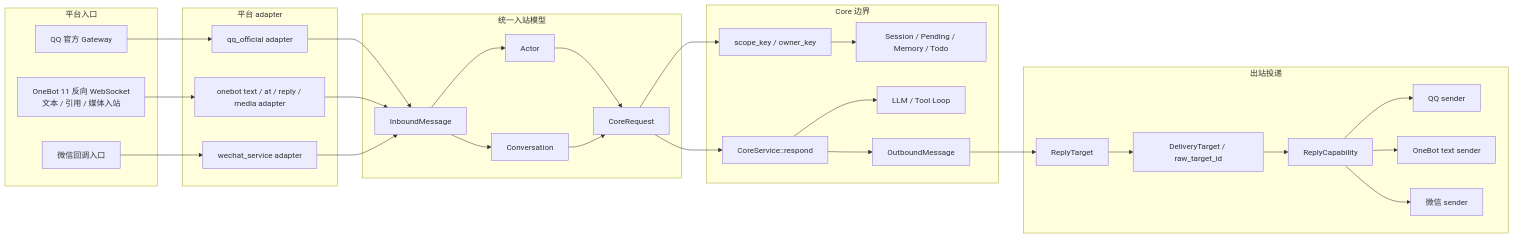
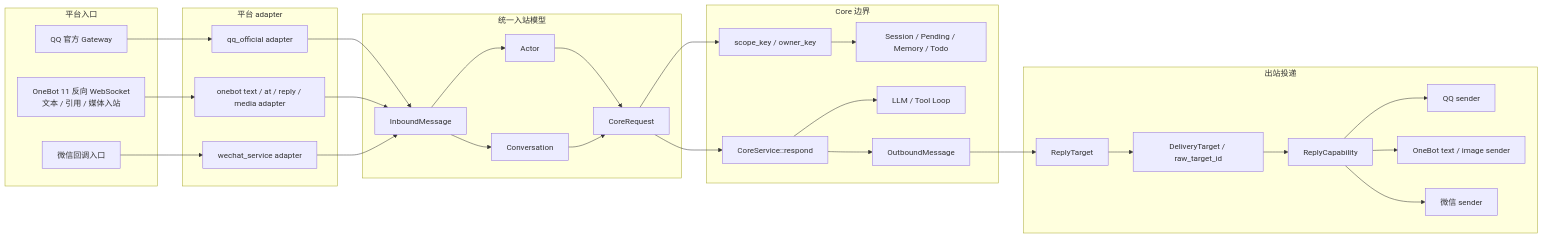
One commit to kuliantnt/qq-maid-bot changed the diagram in qq-maid-gateway-rs/README.md. Above: the diagram before and after it, drawn with Mermaid. The commit also changed other lines of this file and 78 other files, not shown here.

First line of the commit message:
[codex] 接入 Luna 图片生成与多平台发送 (#542)

````diff
--- a/qq-maid-gateway-rs/README.md
+++ b/qq-maid-gateway-rs/README.md
@@ -7,52 +7,52 @@
 ```mermaid
 flowchart LR
     subgraph platform_in["平台入口"]
         qq["QQ 官方 Gateway"]
         onebot["OneBot 11 反向 WebSocket<br/>文本 / 引用 / 媒体入站"]
         wechat["微信回调入口"]
     end
 
     subgraph adapters["平台 adapter"]
         qq_adapter["qq_official adapter"]
         onebot_adapter["onebot text / at / reply / media adapter"]
         wechat_adapter["wechat_service adapter"]
     end
 
     subgraph inbound["统一入站模型"]
         inbound_msg["InboundMessage"]
         actor["Actor"]
         conversation["Conversation"]
         core_request["CoreRequest"]
     end
 
     subgraph core["Core 边界"]
         core_service["CoreService::respond"]
         business_keys["scope_key / owner_key"]
         state["Session / Pending / Memory / Todo"]
         llm["LLM / Tool Loop"]
         outbound_msg["OutboundMessage"]
     end
 
     subgraph outbound["出站投递"]
         reply_target["ReplyTarget"]
         delivery_target["DeliveryTarget / raw_target_id"]
         capability["ReplyCapability"]
         qq_sender["QQ sender"]
-        onebot_sender["OneBot text sender"]
+        onebot_sender["OneBot text / image sender"]
         wechat_sender["微信 sender"]
     end
 
     qq --> qq_adapter --> inbound_msg
     onebot --> onebot_adapter --> inbound_msg
     wechat --> wechat_adapter --> inbound_msg
     inbound_msg --> actor --> core_request
     inbound_msg --> conversation --> core_request
     core_request --> core_service
     core_request --> business_keys --> state
     core_service --> llm
     core_service --> outbound_msg
     outbound_msg --> reply_target --> delivery_target --> capability
     capability --> qq_sender
     capability --> onebot_sender
     capability --> wechat_sender
 ```
````
